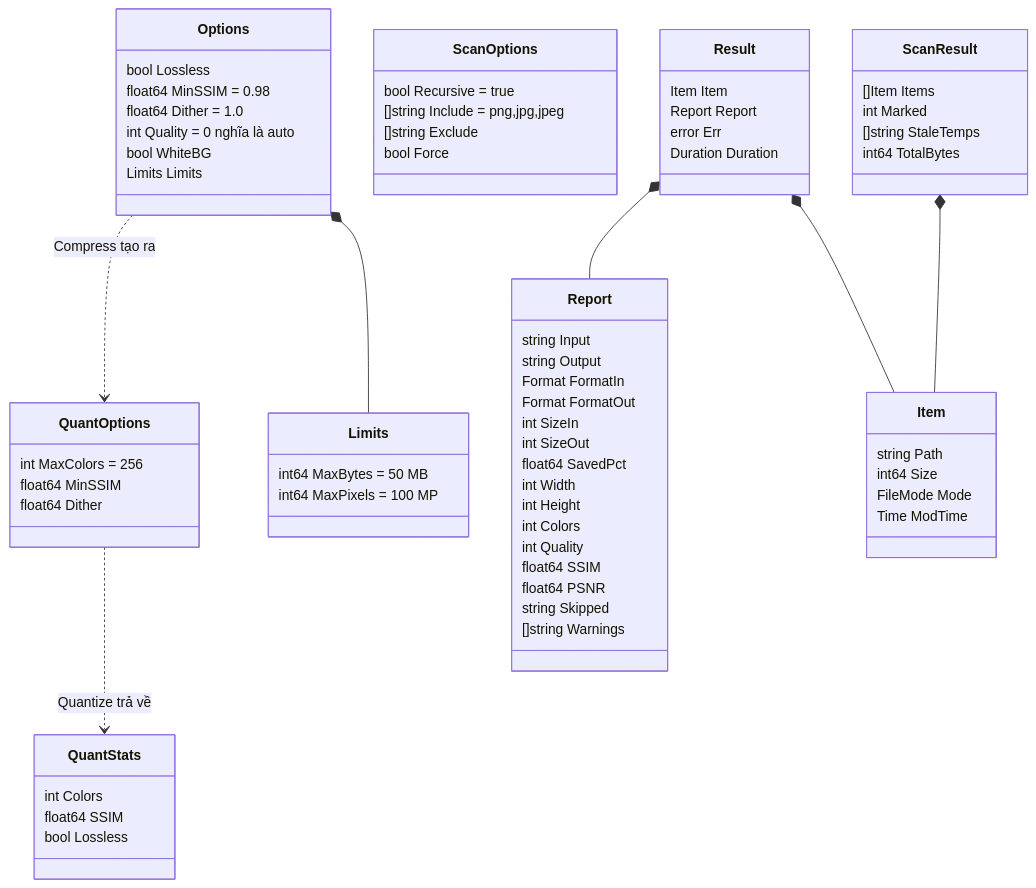
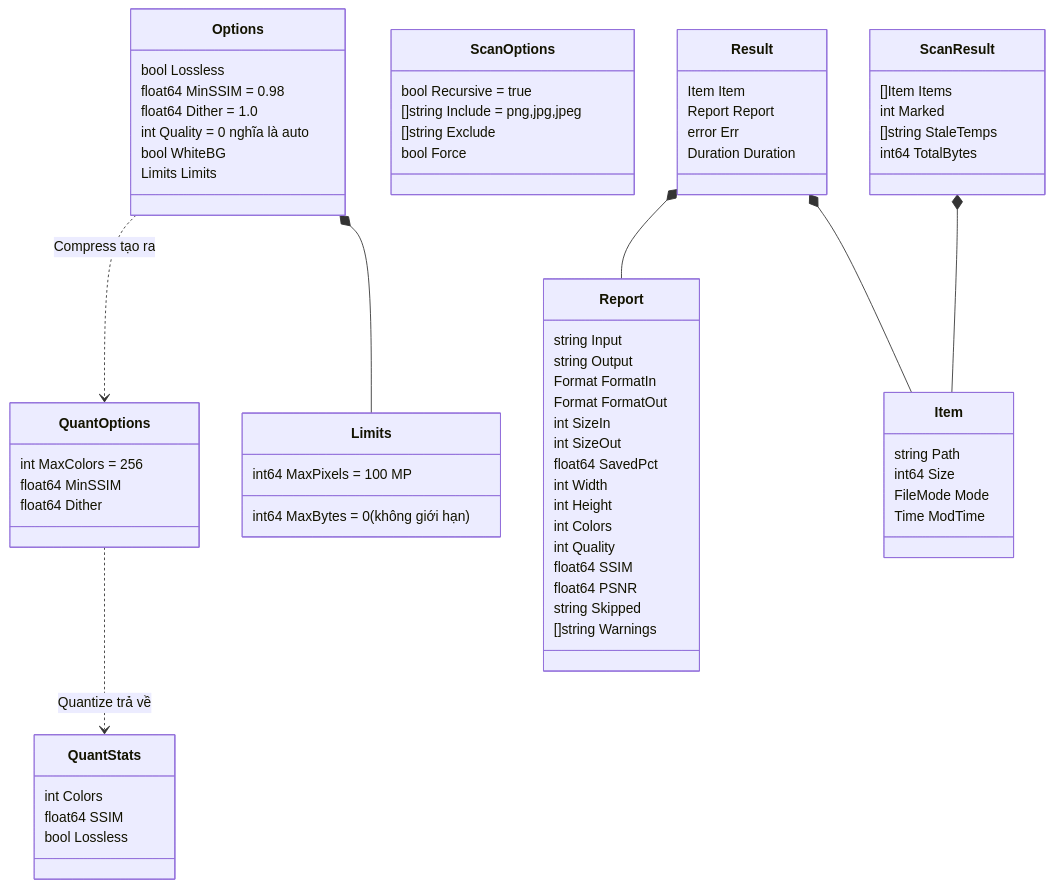
Before and after one commit to vanh6803/OptiImg: diagram 27 of 28 in docs/logic-diagrams.md, drawn with Mermaid. The commit also changed other lines of this file and 17 other files, not shown here.

````diff
--- a/docs/logic-diagrams.md
+++ b/docs/logic-diagrams.md
@@ -675,73 +677,73 @@
 ```mermaid
 classDiagram
     class Options {
         bool Lossless
         float64 MinSSIM = 0.98
         float64 Dither = 1.0
         int Quality = 0 nghĩa là auto
         bool WhiteBG
         Limits Limits
     }
     class Limits {
-        int64 MaxBytes = 50 MB
+        int64 MaxBytes = 0 (không giới hạn)
         int64 MaxPixels = 100 MP
     }
     class Report {
         string Input
         string Output
         Format FormatIn
         Format FormatOut
         int SizeIn
         int SizeOut
         float64 SavedPct
         int Width
         int Height
         int Colors
         int Quality
         float64 SSIM
         float64 PSNR
         string Skipped
         []string Warnings
     }
     class QuantOptions {
         int MaxColors = 256
         float64 MinSSIM
         float64 Dither
     }
     class QuantStats {
         int Colors
         float64 SSIM
         bool Lossless
     }
     class Item {
         string Path
         int64 Size
         FileMode Mode
         Time ModTime
     }
     class ScanOptions {
         bool Recursive = true
         []string Include = png,jpg,jpeg
         []string Exclude
         bool Force
     }
     class ScanResult {
         []Item Items
         int Marked
         []string StaleTemps
         int64 TotalBytes
     }
     class Result {
         Item Item
         Report Report
         error Err
         Duration Duration
     }
 
     Options *-- Limits
     ScanResult *-- Item
     Result *-- Item
     Result *-- Report
     Options ..> QuantOptions : Compress tạo ra
     QuantOptions ..> QuantStats : Quantize trả về
 ```
````
